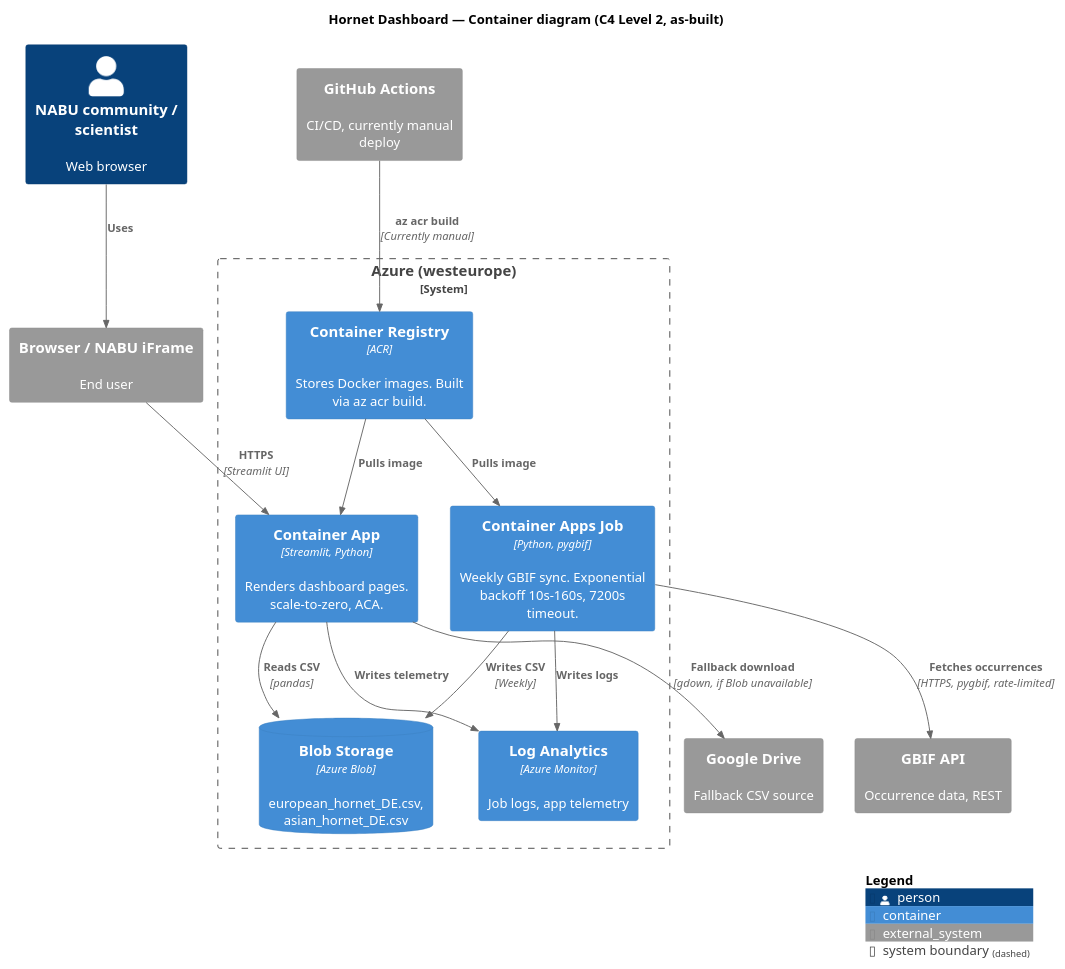
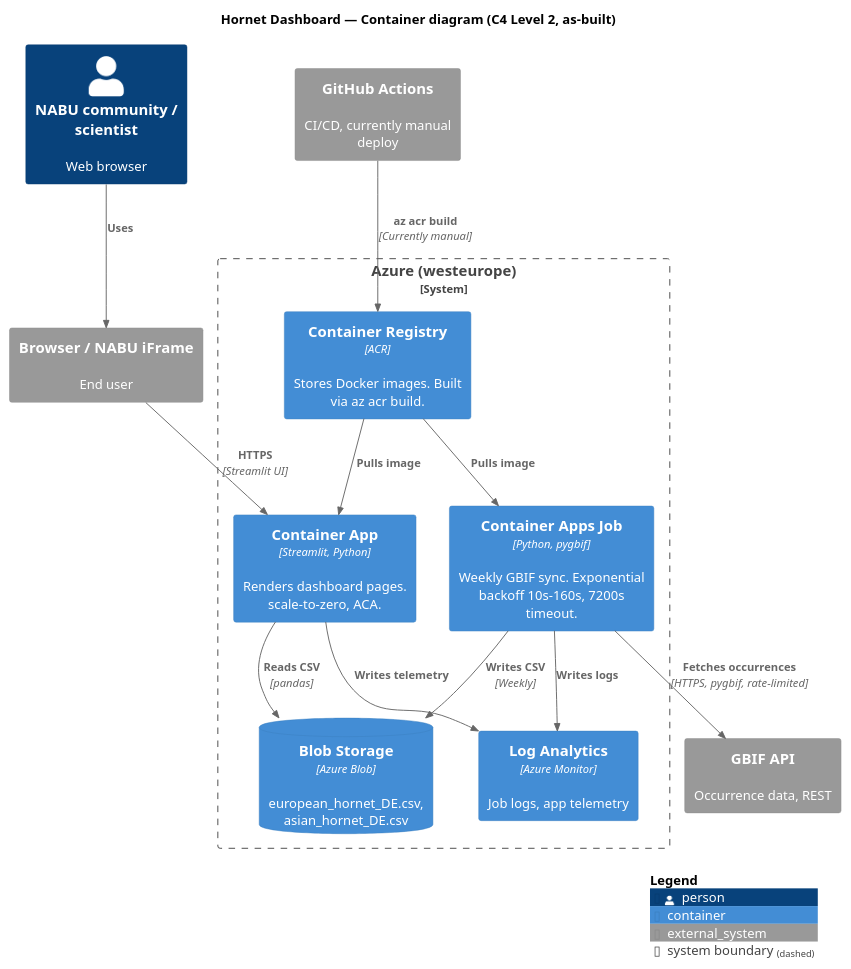
One commit to VitaliiShevchuk2023/hornet-dashboard changed the diagram in docs/architecture/c4-l2-container.puml. Above: the diagram before and after it, drawn with PlantUML.

Commit message:
Remove Google Drive fallback from C4 L2 — no longer part of as-built architecture

```diff
--- a/docs/architecture/c4-l2-container.puml
+++ b/docs/architecture/c4-l2-container.puml
@@ -1,37 +1,35 @@
 @startuml C4_L2_Container
 !include c4lib/C4_Container.puml
 
 title Hornet Dashboard — Container diagram (C4 Level 2, as-built)
 
 Person(community, "NABU community / scientist", "Web browser")
 
 System_Boundary(azure, "Azure (westeurope)") {
     Container(app, "Container App", "Streamlit, Python", "Renders dashboard pages. scale-to-zero, ACA.")
     Container(job, "Container Apps Job", "Python, pygbif", "Weekly GBIF sync. Exponential backoff 10s-160s, 7200s timeout.")
     ContainerDb(blob, "Blob Storage", "Azure Blob", "european_hornet_DE.csv, asian_hornet_DE.csv")
     Container(acr, "Container Registry", "ACR", "Stores Docker images. Built via az acr build.")
     Container(logs, "Log Analytics", "Azure Monitor", "Job logs, app telemetry")
 }
 
 System_Ext(gbif, "GBIF API", "Occurrence data, REST")
-System_Ext(gdrive, "Google Drive", "Fallback CSV source")
 System_Ext(gh, "GitHub Actions", "CI/CD, currently manual deploy")
 System_Ext(browser, "Browser / NABU iFrame", "End user")
 
 Rel(community, browser, "Uses")
 Rel(browser, app, "HTTPS", "Streamlit UI")
 
 Rel(job, gbif, "Fetches occurrences", "HTTPS, pygbif, rate-limited")
 Rel(job, blob, "Writes CSV", "Weekly")
 Rel(app, blob, "Reads CSV", "pandas")
-Rel(app, gdrive, "Fallback download", "gdown, if Blob unavailable")
 
 Rel(acr, app, "Pulls image")
 Rel(acr, job, "Pulls image")
 Rel(gh, acr, "az acr build", "Currently manual")
 
 Rel(job, logs, "Writes logs")
 Rel(app, logs, "Writes telemetry")
 
 SHOW_LEGEND()
 @enduml
```
